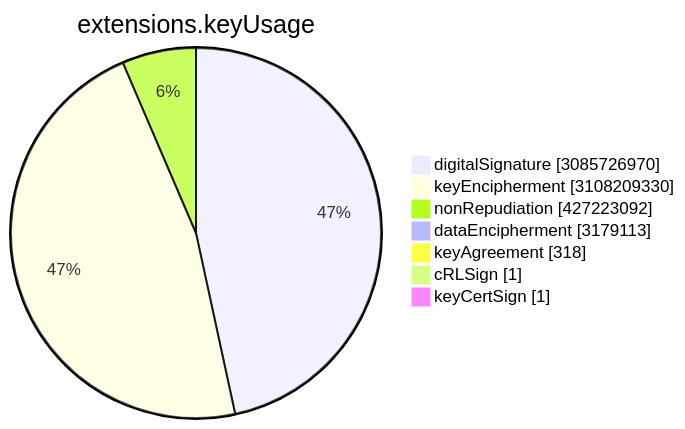
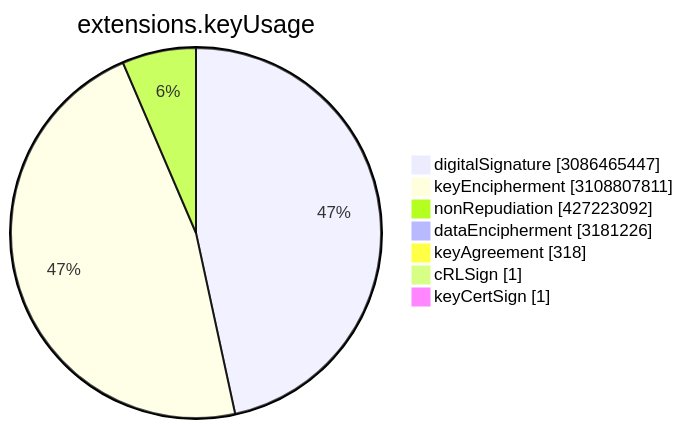
Before and after one commit to christiankrug/ctmonitor_visualization: the sixth of 15 diagrams in TOTAL/README.md, drawn with Mermaid. The commit also changed other lines of this file, not shown here.

````diff
--- a/TOTAL/README.md
+++ b/TOTAL/README.md
@@ -3075,11 +3075,11 @@
 ```mermaid
 pie showData
 title extensions.keyUsage
-"digitalSignature" :3085726970
-"keyEncipherment" :3108209330
+"digitalSignature" :3086465447
+"keyEncipherment" :3108807811
 "nonRepudiation" :427223092
-"dataEncipherment" :3179113
+"dataEncipherment" :3181226
 "keyAgreement" :318
 "cRLSign" :1
 "keyCertSign" :1
 ```
````
